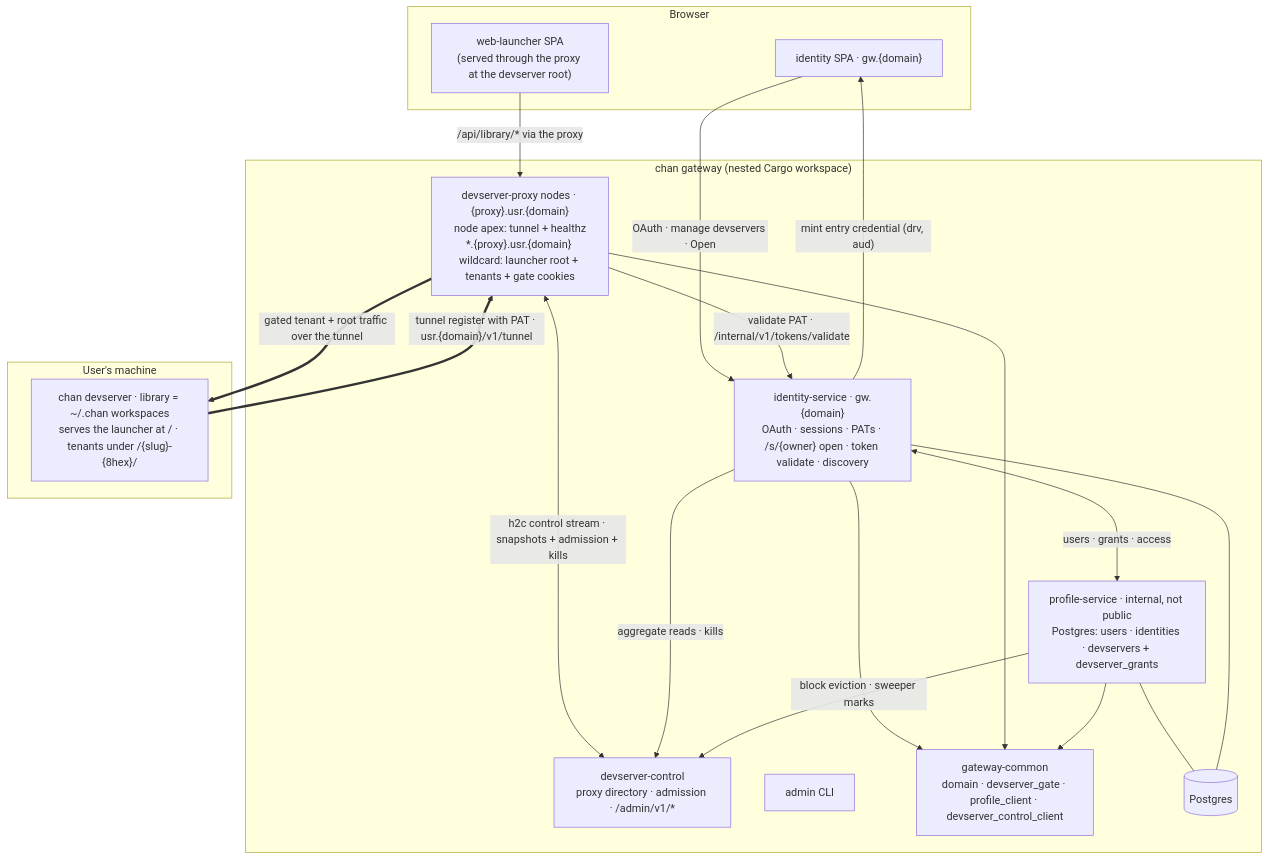
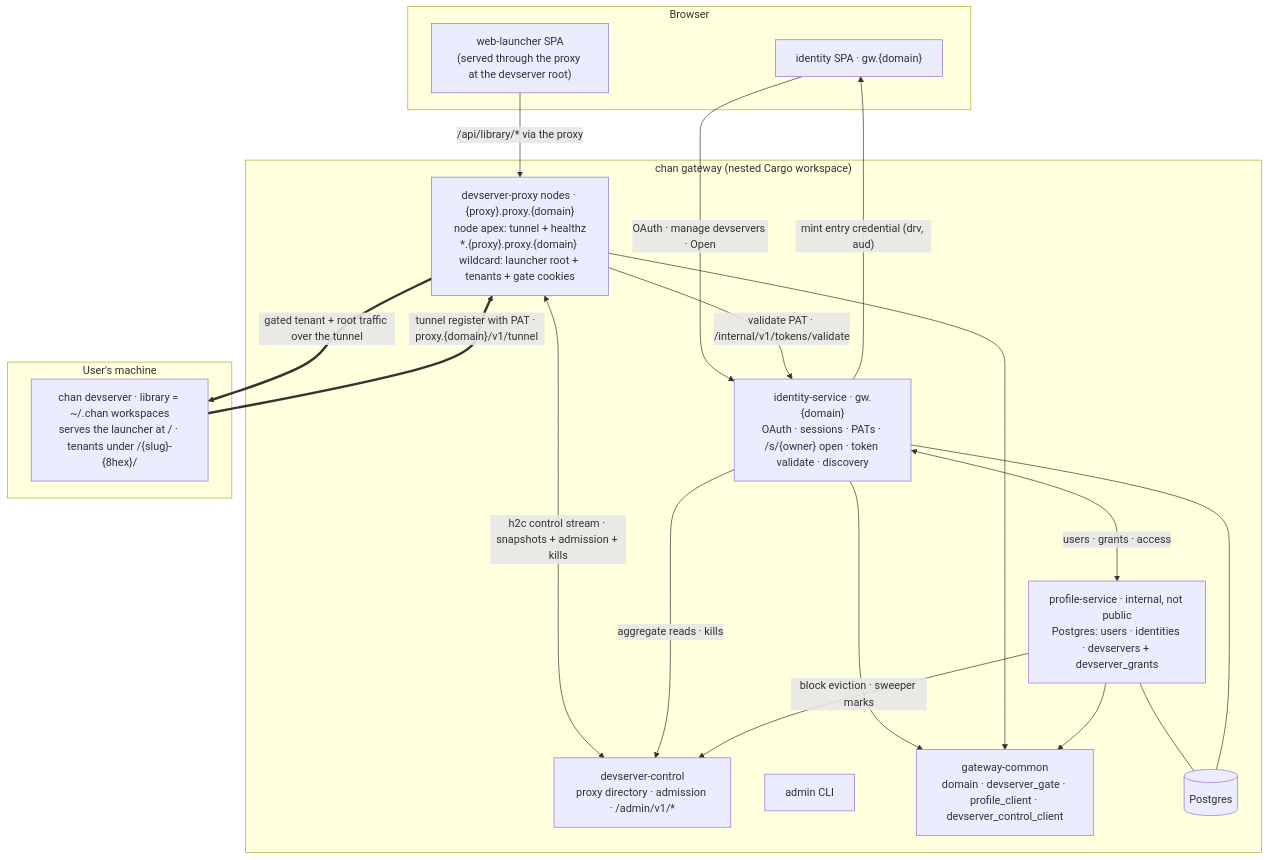
One commit to fiorix/chan changed the diagram in .agents/gateway.md. Above: the diagram before and after it, drawn with Mermaid. The commit also changed other lines of this file and 70 other files, not shown here.

First line of the commit message:
docs,fix(gateway): the tunnel namespace renames from usr.{domain} to proxy.{domain}

````diff
--- a/.agents/gateway.md
+++ b/.agents/gateway.md
@@ -15,37 +15,37 @@
 ```mermaid
 flowchart TB
     subgraph browser["Browser"]
         IDSPA["identity SPA · gw.{domain}"]
         LAUNCH["web-launcher SPA<br/>(served through the proxy at the devserver root)"]
     end
 
     subgraph gw["chan gateway (nested Cargo workspace)"]
         ID["identity-service · gw.{domain}<br/>OAuth · sessions · PATs · /s/{owner} open · token validate · discovery"]
-        PROXY["devserver-proxy nodes · {proxy}.usr.{domain}<br/>node apex: tunnel + healthz<br/>*.{proxy}.usr.{domain} wildcard: launcher root + tenants + gate cookies"]
+        PROXY["devserver-proxy nodes · {proxy}.proxy.{domain}<br/>node apex: tunnel + healthz<br/>*.{proxy}.proxy.{domain} wildcard: launcher root + tenants + gate cookies"]
         CTL["devserver-control<br/>proxy directory · admission · /admin/v1/*"]
         PROFILE["profile-service · internal, not public<br/>Postgres: users · identities · devservers + devserver_grants"]
         ADMIN["admin CLI"]
         COMMON["gateway-common<br/>domain · devserver_gate · profile_client · devserver_control_client"]
         PG[("Postgres")]
     end
 
     subgraph box["User's machine"]
         DS["chan devserver · library = ~/.chan workspaces<br/>serves the launcher at / · tenants under /{slug}-{8hex}/"]
     end
 
     IDSPA -->|OAuth · manage devservers · Open| ID
     ID -->|"mint entry credential (drv, aud)"| IDSPA
     ID <-->|users · grants · access| PROFILE
     PROFILE --- PG
     ID --- PG
     PROXY -->|validate PAT · /internal/v1/tokens/validate| ID
     PROXY <-->|h2c control stream · snapshots + admission + kills| CTL
     ID -->|aggregate reads · kills| CTL
     PROFILE -->|block eviction · sweeper marks| CTL
-    DS ==>|"tunnel register with PAT · usr.{domain}/v1/tunnel"| PROXY
+    DS ==>|"tunnel register with PAT · proxy.{domain}/v1/tunnel"| PROXY
     PROXY ==>|gated tenant + root traffic over the tunnel| DS
     LAUNCH -->|/api/library/* via the proxy| PROXY
     ID --> COMMON
     PROXY --> COMMON
     PROFILE --> COMMON
 ```
````
